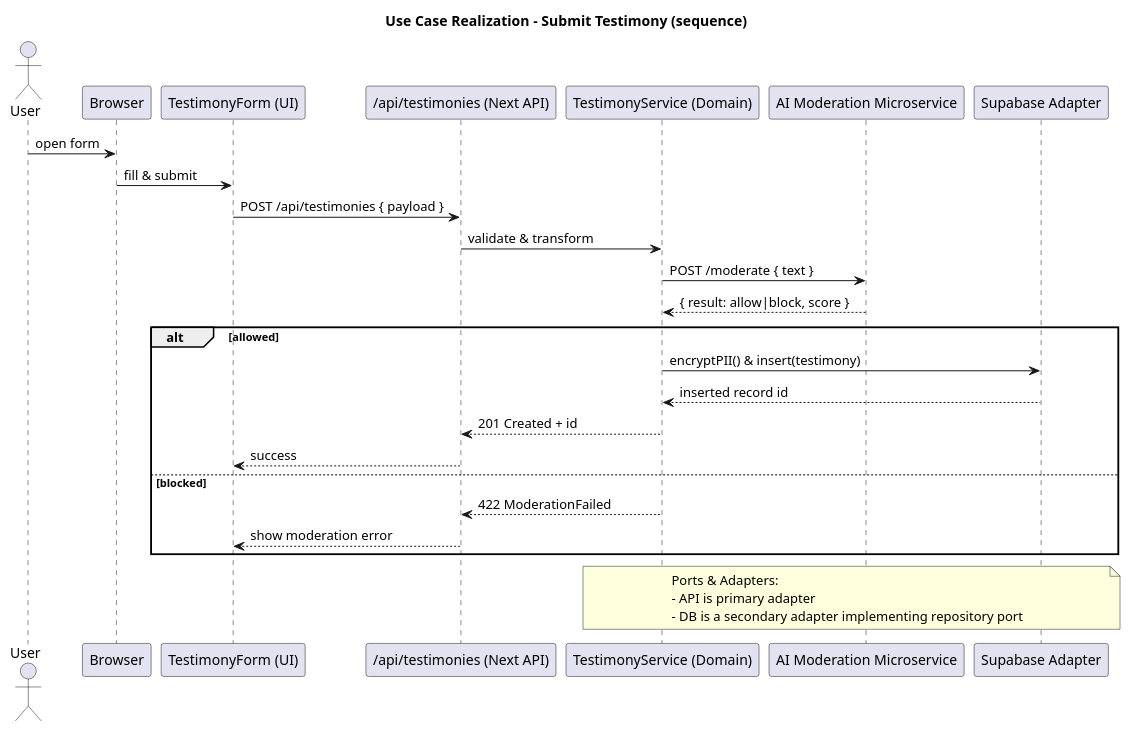
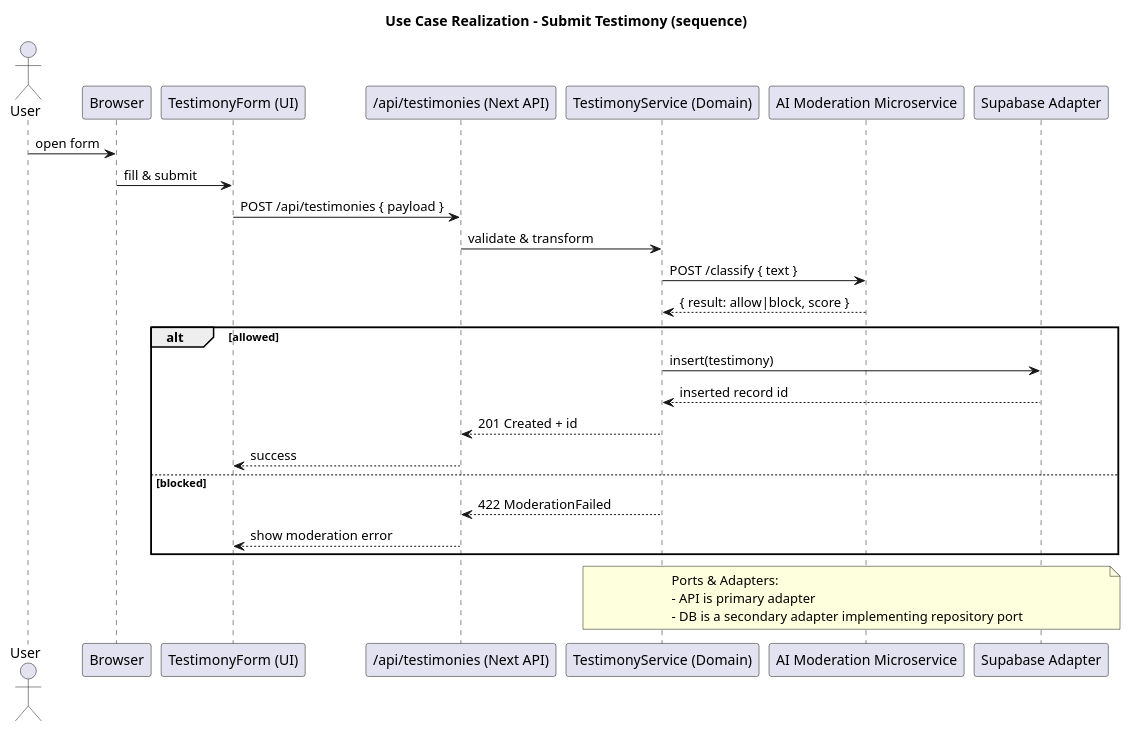
Before and after one commit to WAJoseph/christian-martyrs-honor: the diagram in docs/diagrams/usecase_sequence_testimony_submission.puml, drawn with PlantUML. The commit also changed 4 other files, not shown here.

Commit message:
fix: diagrams

```diff
--- a/docs/diagrams/usecase_sequence_testimony_submission.puml
+++ b/docs/diagrams/usecase_sequence_testimony_submission.puml
@@ -1,33 +1,33 @@
 @startuml
 title Use Case Realization - Submit Testimony (sequence)
 actor User
 participant Browser
 participant "TestimonyForm (UI)" as UI
 participant "/api/testimonies (Next API)" as API
 participant "TestimonyService (Domain)" as Service
 participant "AI Moderation Microservice" as AI
 participant "Supabase Adapter" as DB
 
 User -> Browser : open form
 Browser -> UI : fill & submit
 UI -> API : POST /api/testimonies { payload }
 API -> Service : validate & transform
-Service -> AI : POST /moderate { text }
+Service -> AI : POST /classify { text }
 AI --> Service : { result: allow|block, score }
 alt allowed
-  Service -> DB : encryptPII() & insert(testimony)
+  Service -> DB : insert(testimony)
   DB --> Service : inserted record id
   Service --> API : 201 Created + id
   API --> UI : success
 else blocked
   Service --> API : 422 ModerationFailed
   API --> UI : show moderation error
 end
 
 note over Service,DB
   Ports & Adapters:
   - API is primary adapter
   - DB is a secondary adapter implementing repository port
 end note
 
 @enduml
```
